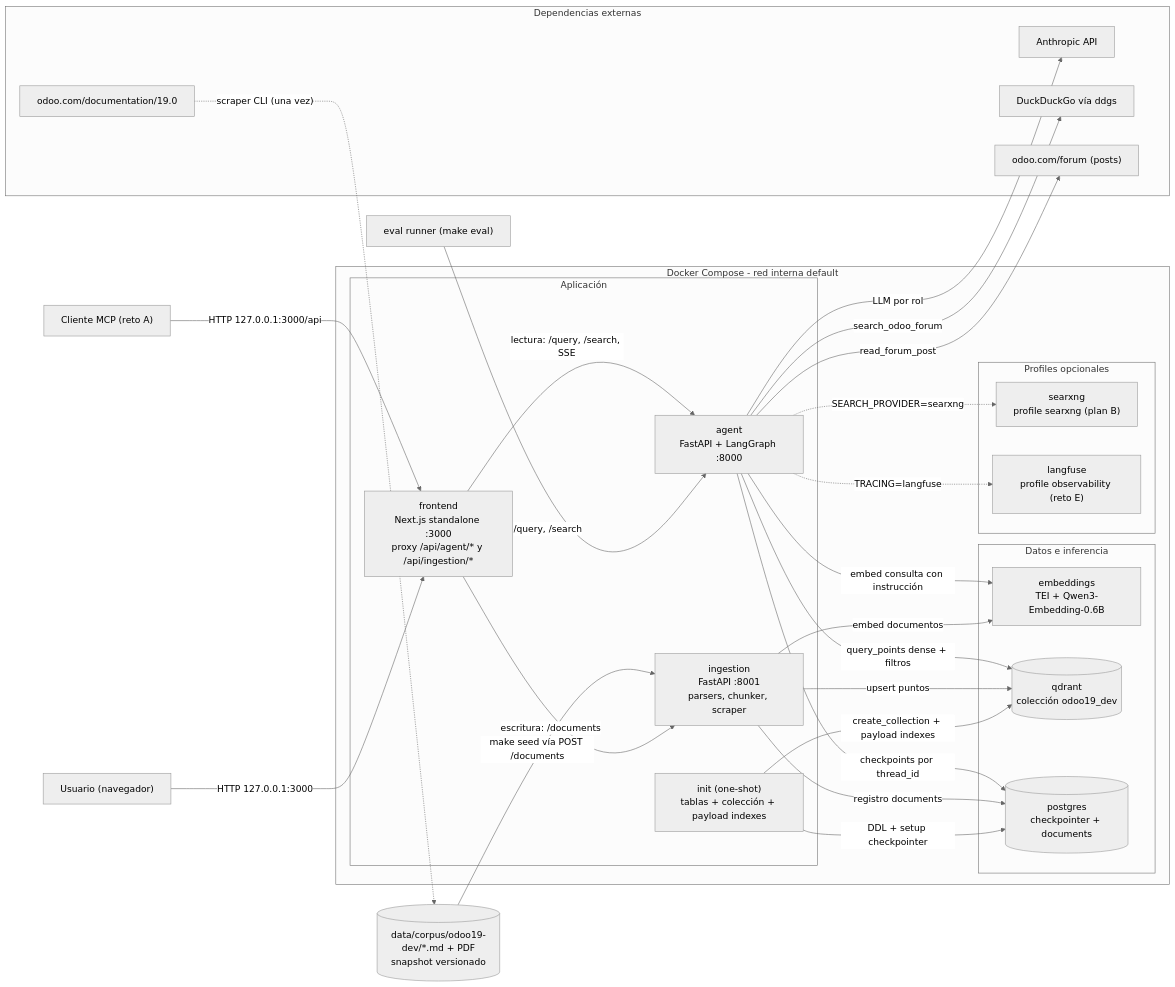
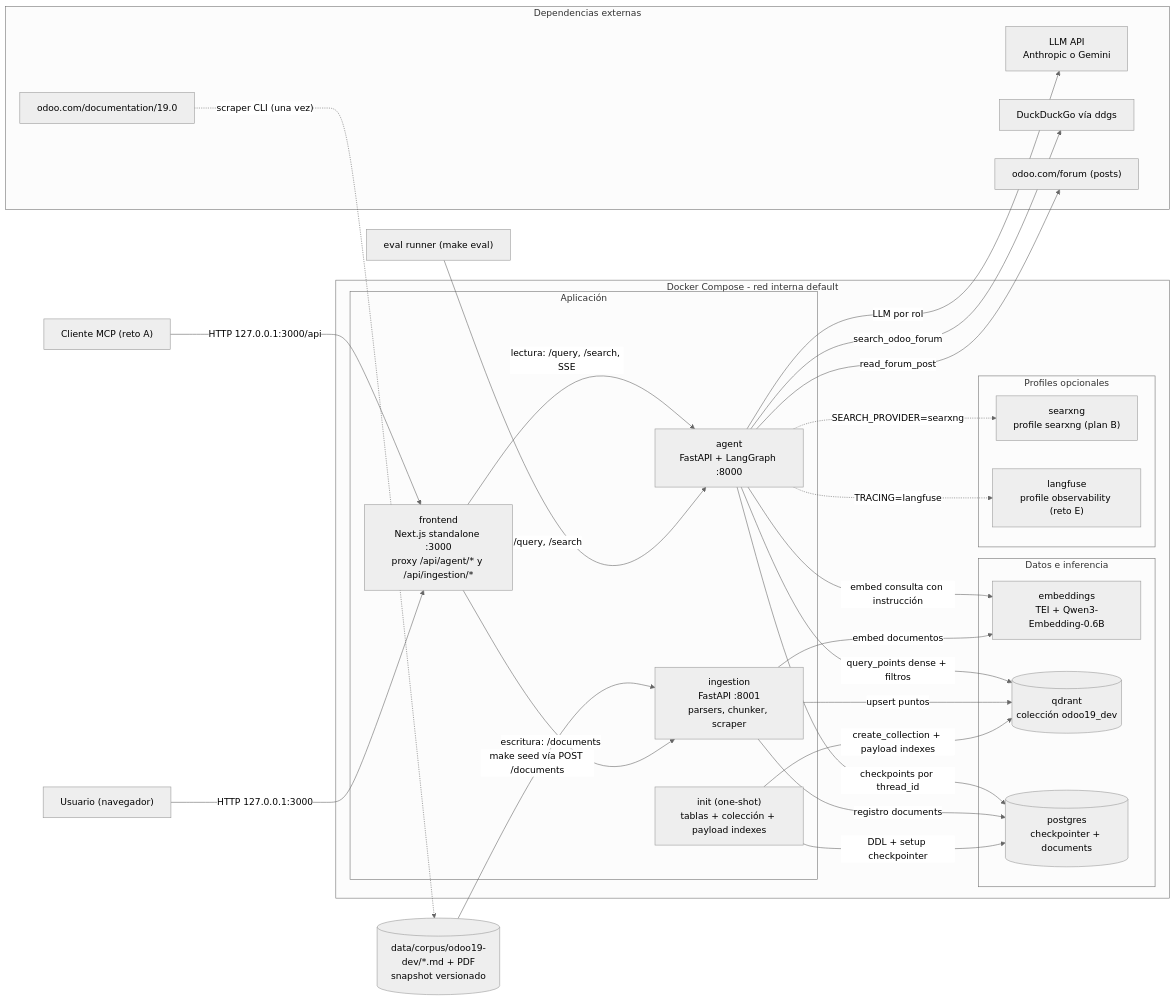
Before and after one commit to yeyess1/agenticAsistantOdoo: the first of 4 diagrams in docs/ARCHITECTURE.md, drawn with Mermaid (neutral theme). The commit also changed other lines of this file and 1 other file, not shown here.

Commit message:
[ADD] docs: gemini provider in architecture and backlog

````diff
--- a/docs/ARCHITECTURE.md
+++ b/docs/ARCHITECTURE.md
@@ -27,57 +27,57 @@
 ```mermaid
 flowchart LR
   user["Usuario (navegador)"]
   mcpc["Cliente MCP (reto A)"]
   evalr["eval runner (make eval)"]
 
   subgraph compose["Docker Compose - red interna default"]
     subgraph app["Aplicación"]
       frontend["frontend<br/>Next.js standalone :3000<br/>proxy /api/agent/* y /api/ingestion/*"]
       agent["agent<br/>FastAPI + LangGraph :8000"]
       ingestion["ingestion<br/>FastAPI :8001<br/>parsers, chunker, scraper"]
       init["init (one-shot)<br/>tablas + colección + payload indexes"]
     end
     subgraph datos["Datos e inferencia"]
       tei["embeddings<br/>TEI + Qwen3-Embedding-0.6B"]
       qdrant[("qdrant<br/>colección odoo19_dev")]
       pg[("postgres<br/>checkpointer + documents")]
     end
     subgraph profiles["Profiles opcionales"]
       searxng["searxng<br/>profile searxng (plan B)"]
       langfuse["langfuse<br/>profile observability (reto E)"]
     end
   end
 
   subgraph ext["Dependencias externas"]
-    anthropic["Anthropic API"]
+    anthropic["LLM API<br/>Anthropic o Gemini"]
     ddg["DuckDuckGo vía ddgs"]
     forum["odoo.com/forum (posts)"]
     odocs["odoo.com/documentation/19.0"]
   end
 
   corpus[("data/corpus/odoo19-dev/*.md + PDF<br/>snapshot versionado")]
 
   user -->|"HTTP 127.0.0.1:3000"| frontend
   mcpc -->|"HTTP 127.0.0.1:3000/api"| frontend
   evalr -->|"/query, /search"| agent
   frontend -->|"lectura: /query, /search, SSE"| agent
   frontend -->|"escritura: /documents"| ingestion
 
   init -->|"DDL + setup checkpointer"| pg
   init -->|"create_collection + payload indexes"| qdrant
 
   ingestion -->|"embed documentos"| tei
   ingestion -->|"upsert puntos"| qdrant
   ingestion -->|"registro documents"| pg
   odocs -.->|"scraper CLI (una vez)"| corpus
   corpus -->|"make seed vía POST /documents"| ingestion
 
   agent -->|"embed consulta con instrucción"| tei
   agent -->|"query_points dense + filtros"| qdrant
   agent -->|"checkpoints por thread_id"| pg
   agent -->|"LLM por rol"| anthropic
   agent -->|"search_odoo_forum"| ddg
   agent -->|"read_forum_post"| forum
   agent -.->|"SEARCH_PROVIDER=searxng"| searxng
   agent -.->|"TRACING=langfuse"| langfuse
 ```
````
